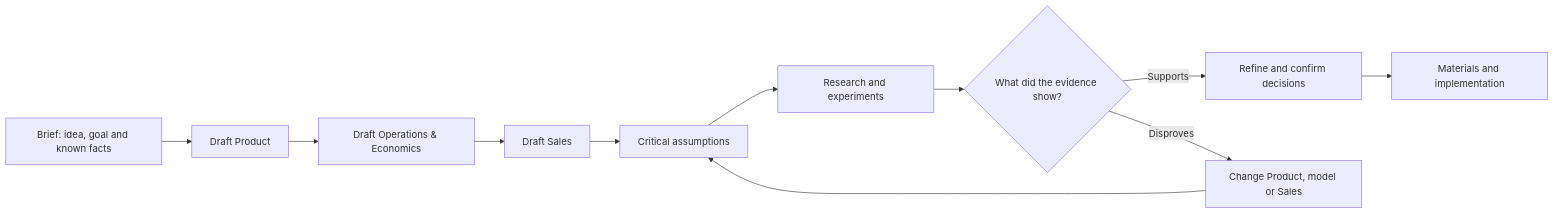
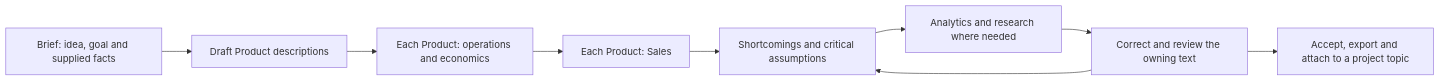
One commit to singlepagestartup/singlepagestartup changed the diagram in apps/studio/workspace/products/singlepage/ai-chat/content/workspace-map.md. Above: the diagram before and after it, drawn with Mermaid. The commit also changed other lines of this file and 312 other files, not shown here.

````diff
--- a/apps/studio/workspace/products/singlepage/ai-chat/content/workspace-map.md
+++ b/apps/studio/workspace/products/singlepage/ai-chat/content/workspace-map.md
@@ -66,13 +54,11 @@
 ```mermaid
 flowchart LR
-    A[Brief: idea, goal and known facts] --> B[Draft Product]
-    B --> C[Draft Operations & Economics]
-    C --> D[Draft Sales]
-    D --> E[Critical assumptions]
-    E --> F[Research and experiments]
-    F --> G{What did the evidence show?}
-    G -->|Supports| H[Refine and confirm decisions]
-    G -->|Disproves| I[Change Product, model or Sales]
-    I --> E
-    H --> J[Materials and implementation]
+    A[Brief: idea, goal and supplied facts] --> B[Draft Product descriptions]
+    B --> C[Each Product: operations and economics]
+    C --> D[Each Product: Sales]
+    D --> E[Shortcomings and critical assumptions]
+    E --> F[Analytics and research where needed]
+    F --> G[Correct and review the owning text]
+    G --> H[Accept, export and attach to a project topic]
+    G --> E
 ```
````
